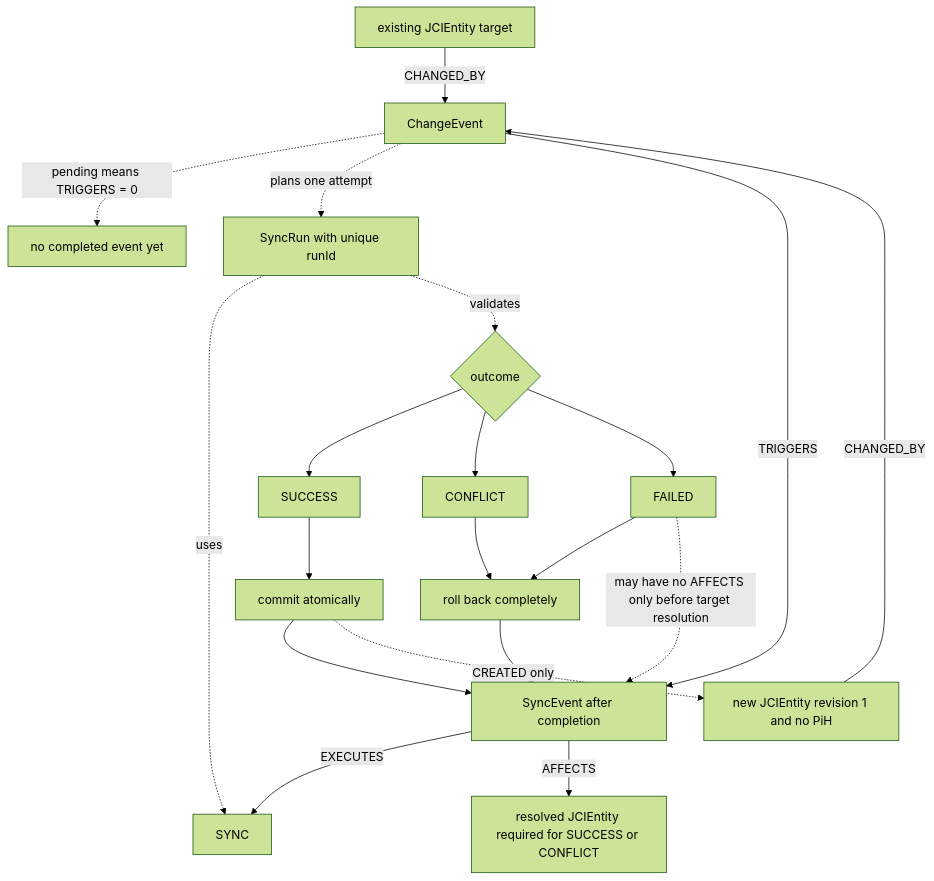
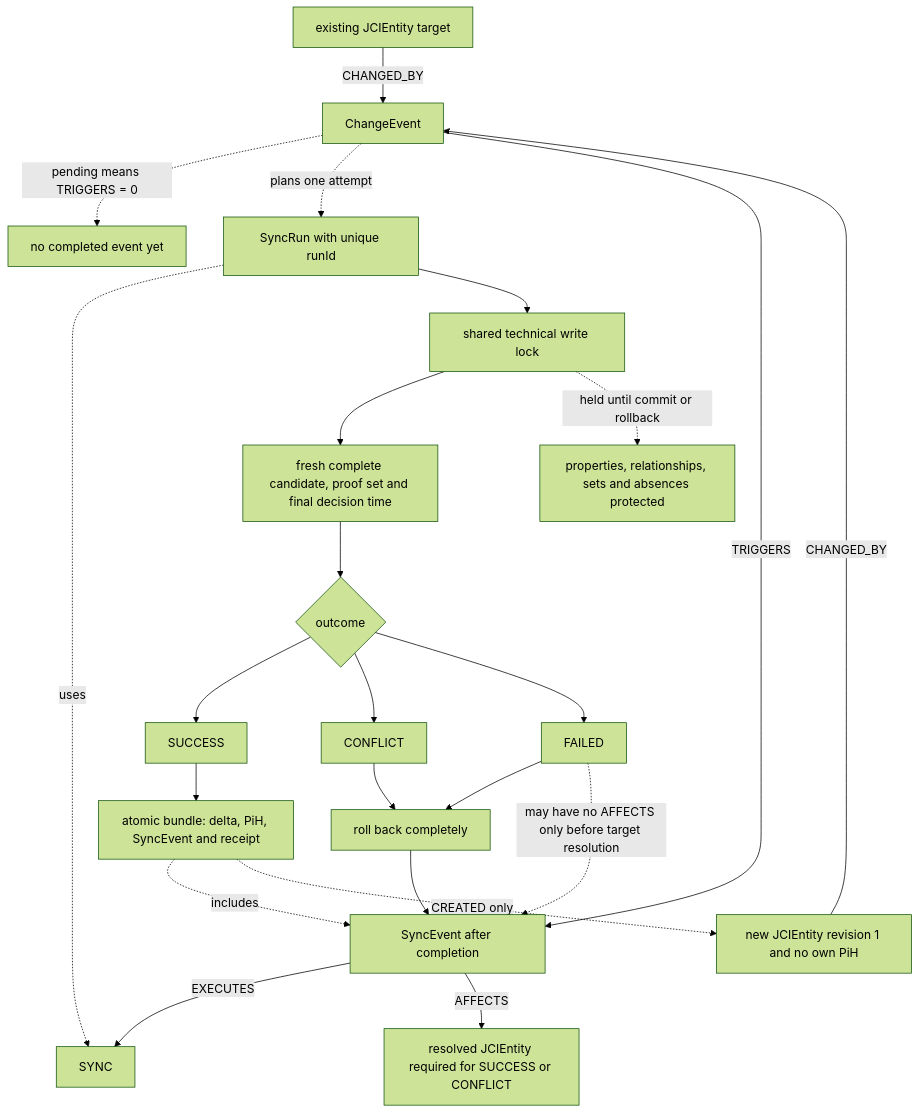
Before and after one commit to eeimicke/junaco-jci-loop: the diagram in docs/diagrams/sources/example-sync-outcomes.mmd, drawn with Mermaid (forest theme). The commit also changed 42 other files, not shown here.

```diff
--- a/docs/diagrams/sources/example-sync-outcomes.mmd
+++ b/docs/diagrams/sources/example-sync-outcomes.mmd
@@ -1,20 +1,23 @@
 flowchart TD
     Entity[existing JCIEntity target] -->|CHANGED_BY| ChangeEvent
     ChangeEvent -. pending means TRIGGERS = 0 .-> Pending[no completed event yet]
     ChangeEvent -. plans one attempt .-> Run[SyncRun with unique runId]
     Run -. uses .-> Definition[SYNC]
-    Run -. validates .-> Decision{outcome}
+    Run --> Gate[shared technical write lock]
+    Gate --> Validate[fresh complete candidate, proof set and final decision time]
+    Validate --> Decision{outcome}
+    Gate -. held until commit or rollback .-> Protected[properties, relationships, sets and absences protected]
     Decision --> Success[SUCCESS]
     Decision --> Conflict[CONFLICT]
     Decision --> Failed[FAILED]
-    Success --> Apply[commit atomically]
+    Success --> Apply[atomic bundle: delta, PiH, SyncEvent and receipt]
     Conflict --> Rollback[roll back completely]
     Failed --> Rollback
-    Apply --> Event[SyncEvent]
+    Apply -. includes .-> Event[SyncEvent]
     Rollback --> Event
     ChangeEvent -->|TRIGGERS| Event[SyncEvent after completion]
     Event -->|EXECUTES| Definition
     Event -->|AFFECTS| Affected[resolved JCIEntity required for SUCCESS or CONFLICT]
     Failed -. may have no AFFECTS only before target resolution .-> Event
-    Apply -. CREATED only .-> NewEntity[new JCIEntity revision 1 and no PiH]
+    Apply -. CREATED only .-> NewEntity[new JCIEntity revision 1 and no own PiH]
     NewEntity -->|CHANGED_BY| ChangeEvent
```
